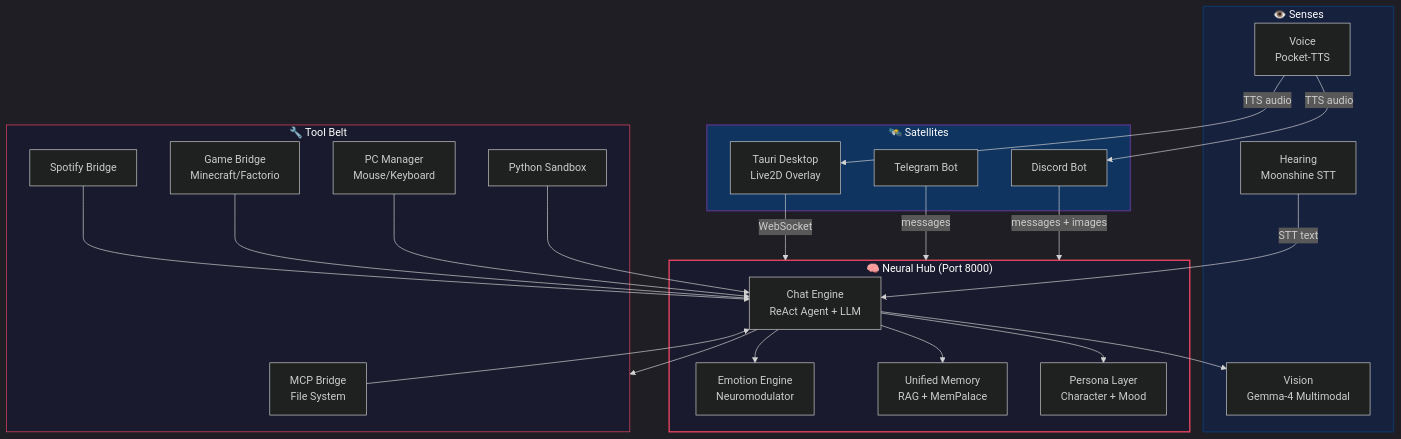
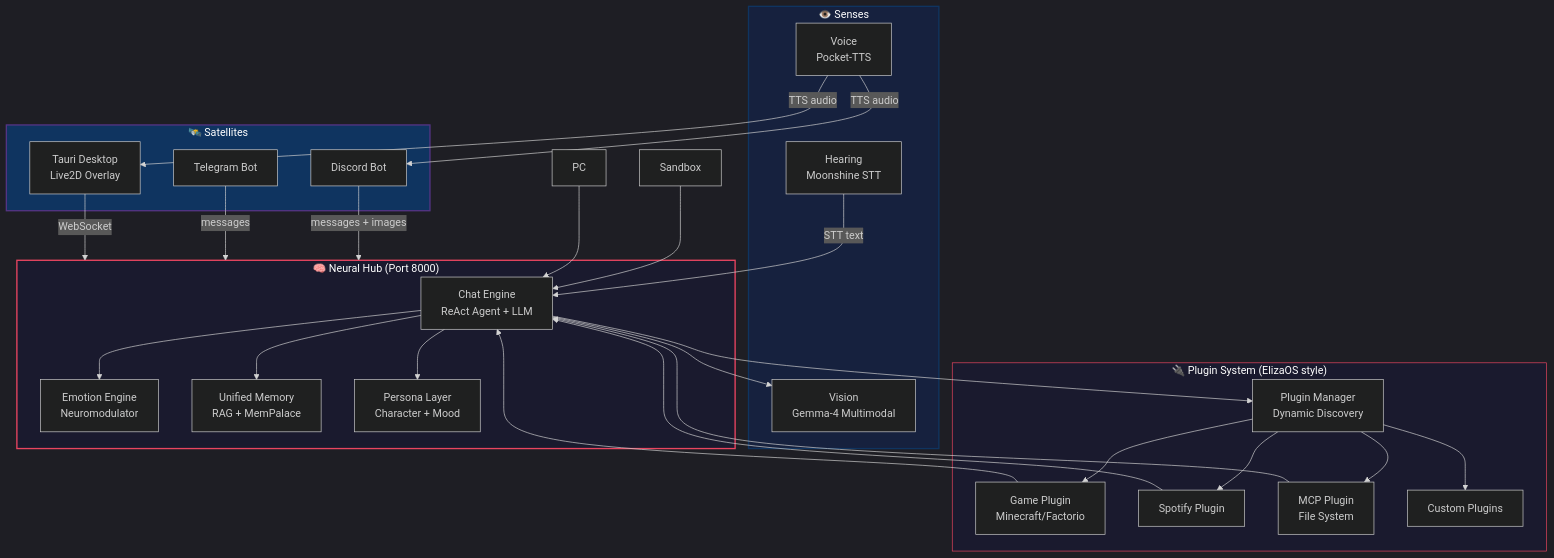
Before and after one commit to omax404/Project-Aiko: the diagram in README.md, drawn with Mermaid. The commit also changed other lines of this file and 5 other files, not shown here.

````diff
--- a/README.md
+++ b/README.md
@@ -43,55 +43,59 @@
 ```mermaid
 %%{ init: { 'theme': 'dark', 'flowchart': { 'curve': 'basis' } } }%%
 flowchart TD
     subgraph Neural["🧠 Neural Hub (Port 8000)"]
         Brain["Chat Engine<br/>ReAct Agent + LLM"]
         Emotion["Emotion Engine<br/>Neuromodulator"]
         Memory["Unified Memory<br/>RAG + MemPalace"]
         Persona["Persona Layer<br/>Character + Mood"]
     end
 
     subgraph Senses["👁️ Senses"]
         Vision["Vision<br/>Gemma-4 Multimodal"]
         Hearing["Hearing<br/>Moonshine STT"]
         Voice["Voice<br/>Pocket-TTS"]
     end
 
     subgraph Satellites["🛰️ Satellites"]
         Discord["Discord Bot"]
         Telegram["Telegram Bot"]
         Desktop["Tauri Desktop<br/>Live2D Overlay"]
     end
 
-    subgraph Tools["🔧 Tool Belt"]
-        MCP["MCP Bridge<br/>File System"]
-        Sandbox["Python Sandbox"]
-        PC["PC Manager<br/>Mouse/Keyboard"]
-        Games["Game Bridge<br/>Minecraft/Factorio"]
-        Spotify["Spotify Bridge"]
+    subgraph Plugins["🔌 Plugin System (ElizaOS style)"]
+        PluginMgr["Plugin Manager<br/>Dynamic Discovery"]
+        Games["Game Plugin<br/>Minecraft/Factorio"]
+        Spotify["Spotify Plugin"]
+        MCP["MCP Plugin<br/>File System"]
+        Custom["Custom Plugins"]
     end
 
     Discord -->|"messages + images"| Neural
     Telegram -->|"messages"| Neural
     Desktop -->|"WebSocket"| Neural
 
     Brain --> Memory
     Brain --> Emotion
     Brain --> Persona
     Brain --> Vision
-    Brain --> Tools
+    Brain --> PluginMgr
+    PluginMgr --> Games
+    PluginMgr --> Spotify
+    PluginMgr --> MCP
+    PluginMgr --> Custom
 
     Voice -->|"TTS audio"| Discord
     Voice -->|"TTS audio"| Desktop
     Hearing -->|"STT text"| Brain
 
     MCP --> Brain
     Sandbox --> Brain
     PC --> Brain
     Games --> Brain
     Spotify --> Brain
 
     style Neural fill:#1a1a2e,stroke:#e94560,stroke-width:2px,color:#fff
     style Senses fill:#16213e,stroke:#0f3460,stroke-width:2px,color:#fff
     style Satellites fill:#0f3460,stroke:#533483,stroke-width:2px,color:#fff
-    style Tools fill:#1a1a2e,stroke:#e94560,stroke-width:1px,color:#fff
+    style Plugins fill:#1a1a2e,stroke:#e94560,stroke-width:1px,color:#fff
 ```
````
